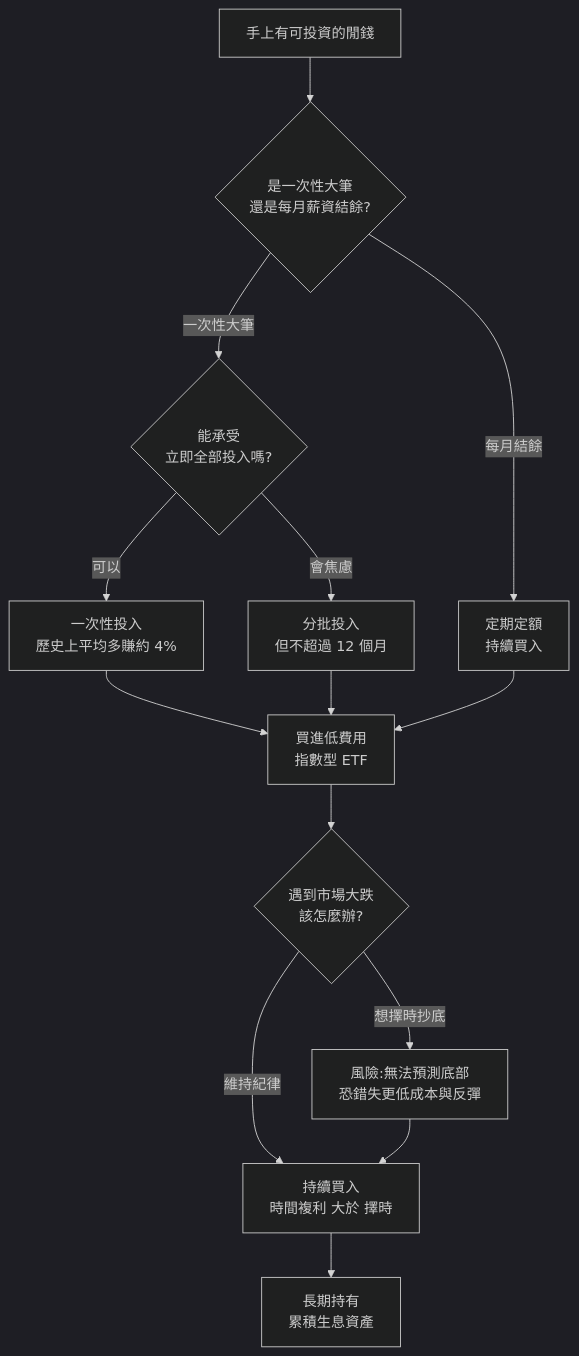
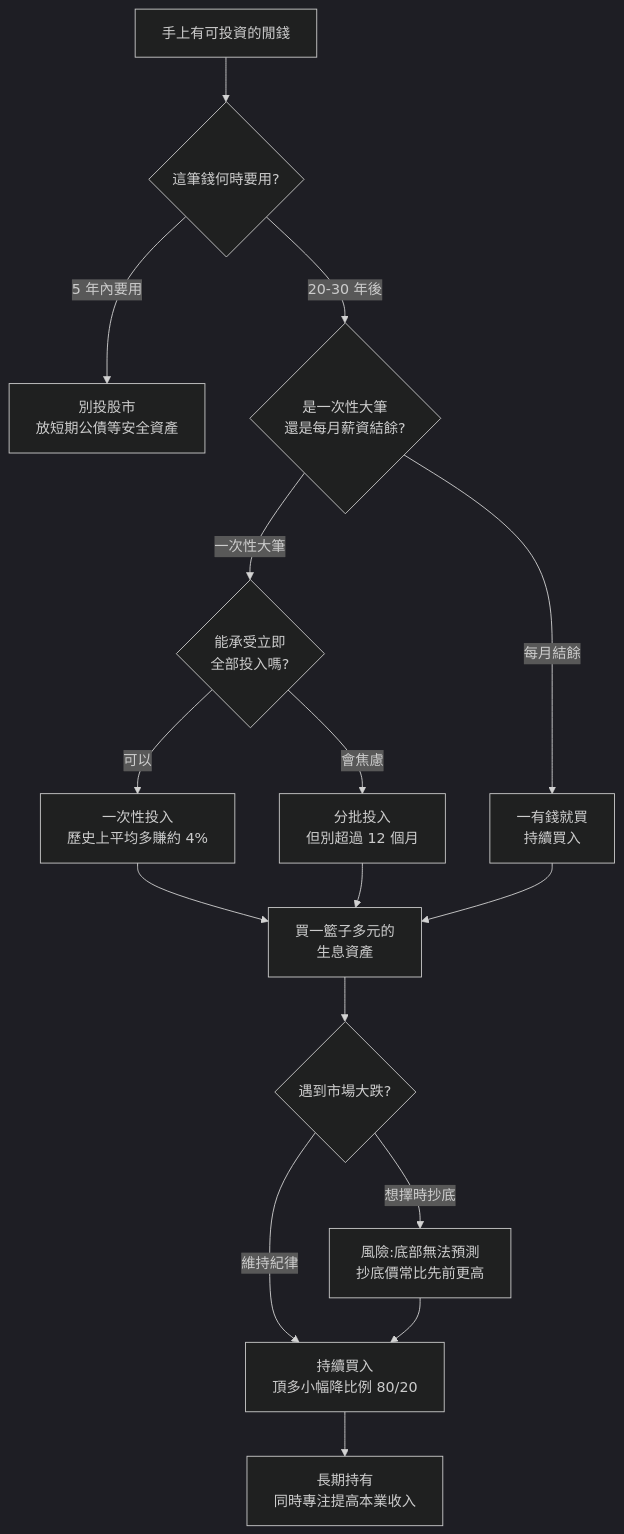
One commit to shooter2062424/Knowledge changed the second of 2 diagrams in investing/just-keep-buying-nick-maggiulli.md. Above: the diagram before and after it, drawn with Mermaid (dark theme). The commit also changed other lines of this file and 1 other file, not shown here.

````diff
--- a/investing/just-keep-buying-nick-maggiulli.md
+++ b/investing/just-keep-buying-nick-maggiulli.md
@@ -87,16 +161,18 @@
 ```mermaid
 flowchart TD
-    A["手上有可投資的閒錢"] --> B{"是一次性大筆<br/>還是每月薪資結餘?"}
-    B -->|"一次性大筆"| C{"能承受<br/>立即全部投入嗎?"}
-    B -->|"每月結餘"| D["定期定額<br/>持續買入"]
-    C -->|"可以"| E["一次性投入<br/>歷史上平均多賺約 4%"]
-    C -->|"會焦慮"| F["分批投入<br/>但不超過 12 個月"]
-    E --> G["買進低費用<br/>指數型 ETF"]
-    F --> G
-    D --> G
-    G --> H{"遇到市場大跌<br/>該怎麼辦?"}
-    H -->|"想擇時抄底"| I["風險:無法預測底部<br/>恐錯失更低成本與反彈"]
-    H -->|"維持紀律"| J["持續買入<br/>時間複利 大於 擇時"]
-    I --> J
-    J --> K["長期持有<br/>累積生息資產"]
+    A["手上有可投資的閒錢"] --> B{"這筆錢何時要用?"}
+    B -->|"5 年內要用"| Z["別投股市<br/>放短期公債等安全資產"]
+    B -->|"20-30 年後"| C{"是一次性大筆<br/>還是每月薪資結餘?"}
+    C -->|"每月結餘"| D["一有錢就買<br/>持續買入"]
+    C -->|"一次性大筆"| E{"能承受立即<br/>全部投入嗎?"}
+    E -->|"可以"| F["一次性投入<br/>歷史上平均多賺約 4%"]
+    E -->|"會焦慮"| G["分批投入<br/>但別超過 12 個月"]
+    F --> H["買一籃子多元的<br/>生息資產"]
+    G --> H
+    D --> H
+    H --> I{"遇到市場大跌?"}
+    I -->|"想擇時抄底"| J["風險:底部無法預測<br/>抄底價常比先前更高"]
+    I -->|"維持紀律"| K["持續買入<br/>頂多小幅降比例 80/20"]
+    J --> K
+    K --> L["長期持有<br/>同時專注提高本業收入"]
 ```
````
